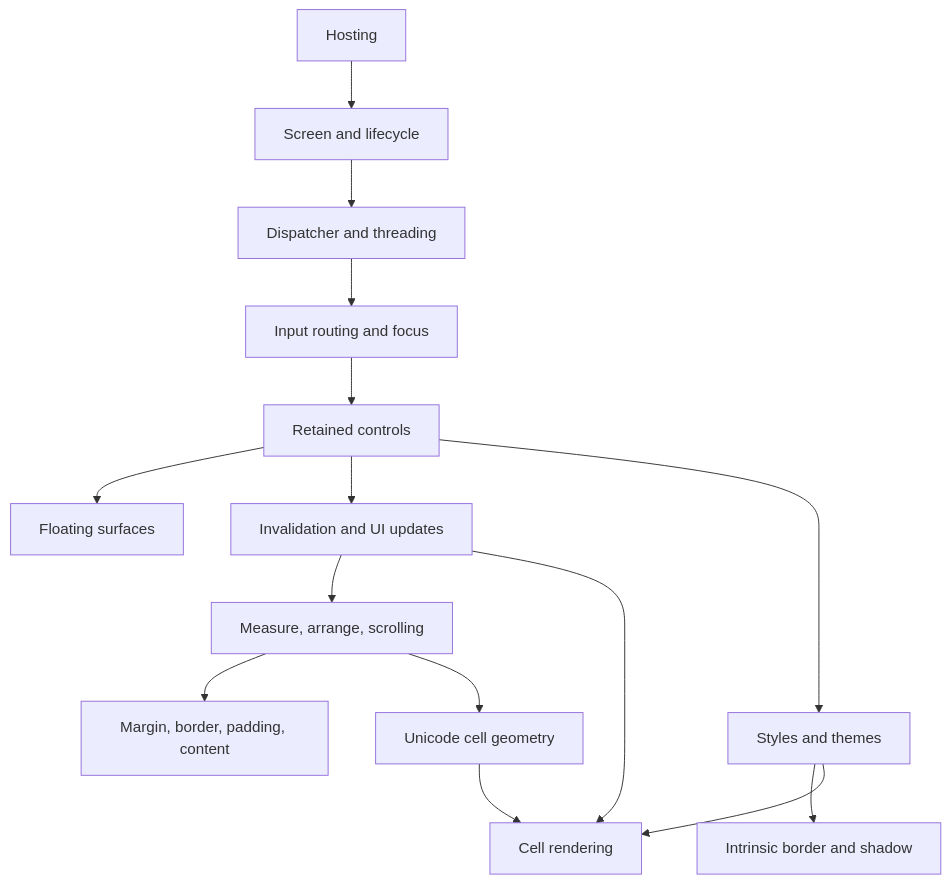
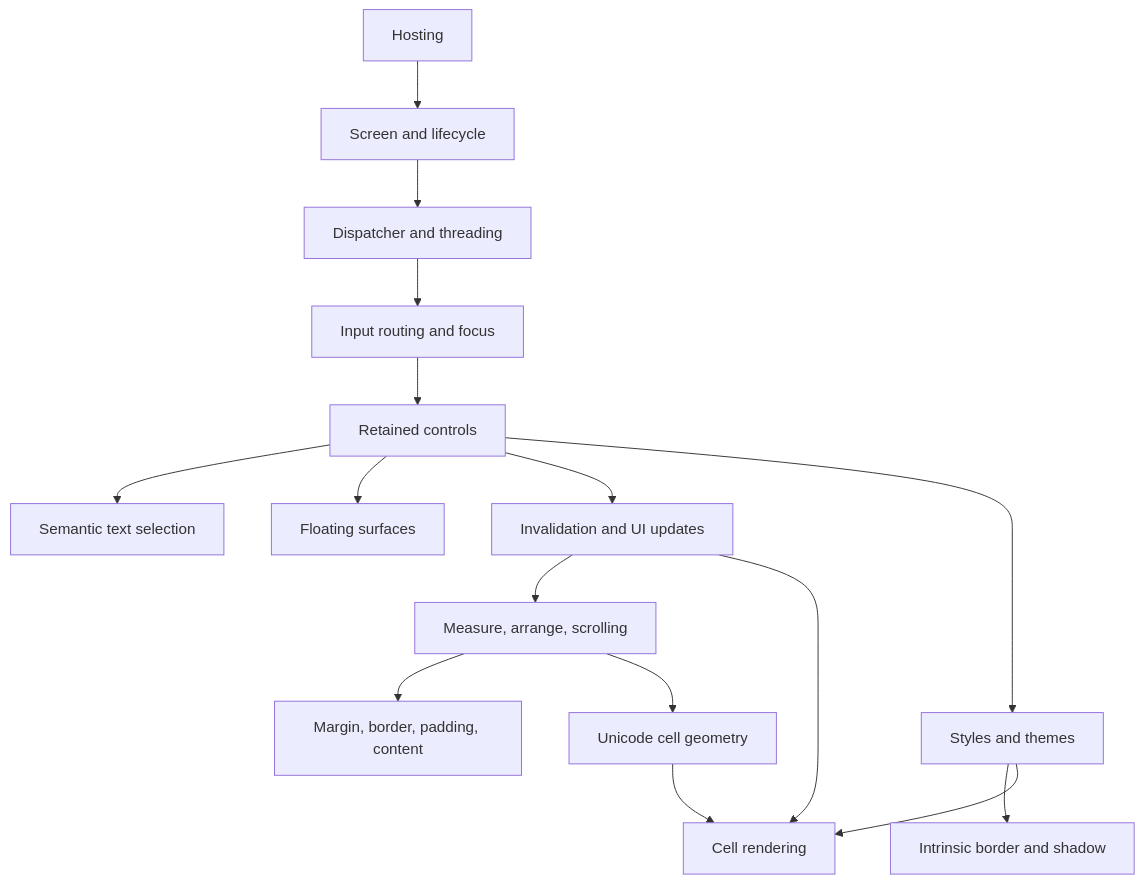
One commit to pavkam/sharp-vision changed the diagram in docs/concepts/index.md. Above: the diagram before and after it, drawn with Mermaid. The commit also changed other lines of this file and 45 other files, not shown here.

First line of the commit message:
feat(controls): make text selection a core capability

````diff
--- a/docs/concepts/index.md
+++ b/docs/concepts/index.md
@@ -8,17 +8,18 @@
 ```mermaid
 flowchart TB
     Hosting["Hosting"] --> Screen["Screen and lifecycle"]
     Screen --> Threading["Dispatcher and threading"]
     Threading --> Input["Input routing and focus"]
     Input --> Controls["Retained controls"]
+    Controls --> Selection["Semantic text selection"]
     Controls --> Surfaces["Floating surfaces"]
     Controls --> Invalidation["Invalidation and UI updates"]
     Invalidation --> Layout["Measure, arrange, scrolling"]
     Invalidation --> Rendering["Cell rendering"]
     Controls --> Styling["Styles and themes"]
     Layout --> Box["Margin, border, padding, content"]
     Styling --> Chrome["Intrinsic border and shadow"]
     Layout --> Geometry["Unicode cell geometry"]
     Styling --> Rendering
     Geometry --> Rendering
 ```
````
